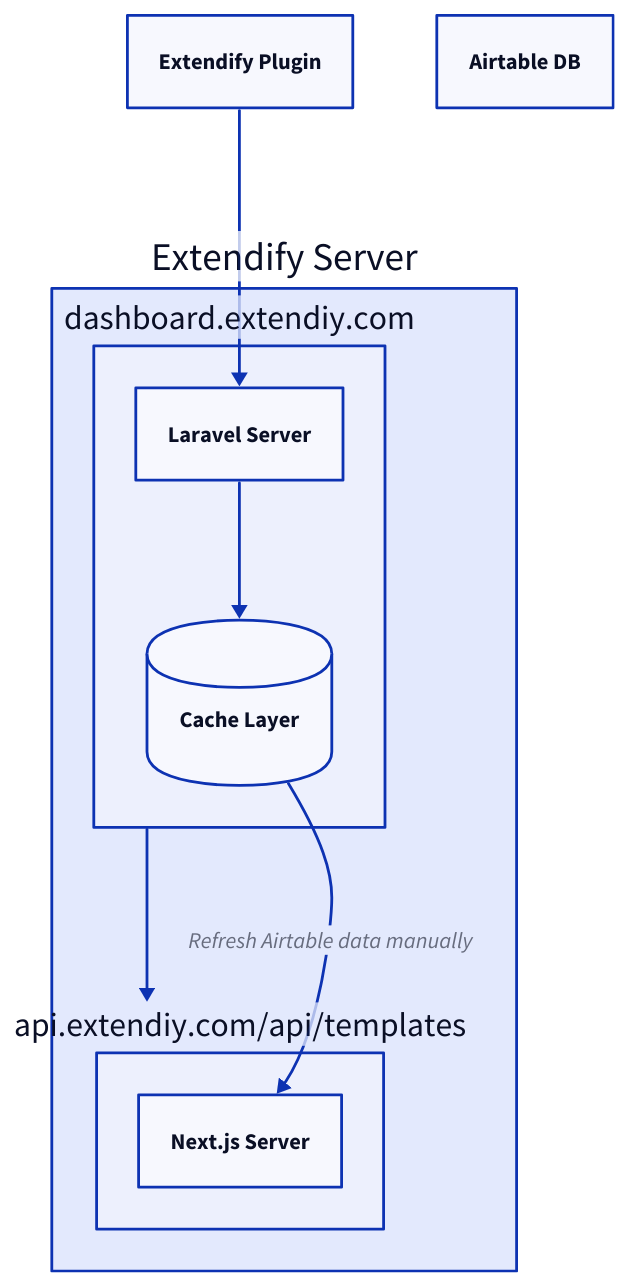
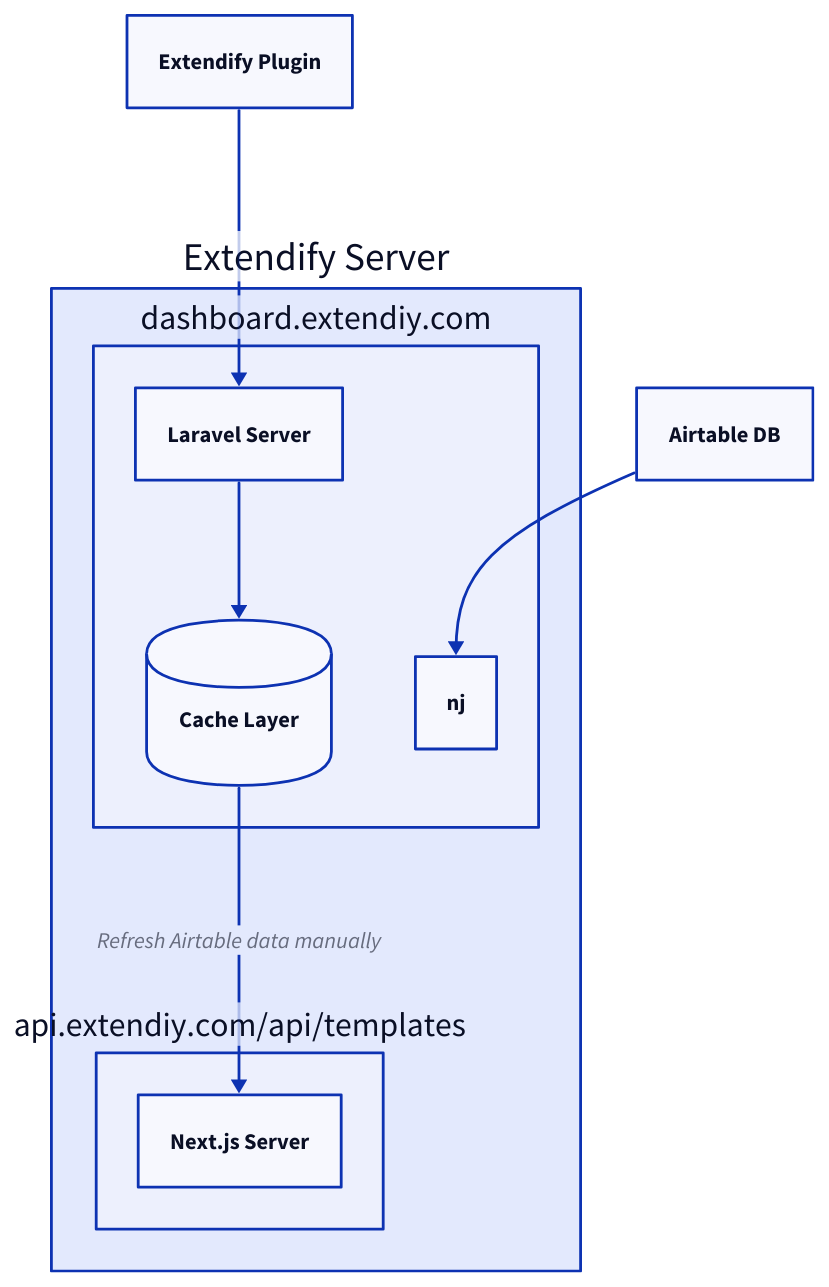
Before and after one commit to dgwyer/myapp: the diagram in d2/file.d2, drawn with D2.

Commit message:
try to render

```diff
--- a/d2/file.d2
+++ b/d2/file.d2
@@ -1,29 +1,30 @@
 a: Extendify Plugin
 b: Airtable DB
 
 extendifyServer: {
   label: Extendify Server
 
   dashboardServer: {
     label: dashboard.extendiy.com
     ls: Laravel Server
     cl: Cache Layer
     cl.shape: cylinder
 
     ls -> cl
   }
 
   apiServer:  {
     label: api.extendiy.com/api/templates
     nj: Next.js Server
 
     # _.dashboardServer.ls -> nj
   }
 
-  dashboardServer -> apiServer
+  # dashboardServer -> apiServer
   # dashboardServer.ls -> apiServer.nj: Custom connector label
   dashboardServer.cl -> apiServer.nj: Refresh Airtable data manually
 }
 
 # a -> dashboardServer: API request
 a -> extendifyServer.dashboardServer.ls
+b -> extendifyServer.dashboardServer.nj
```
